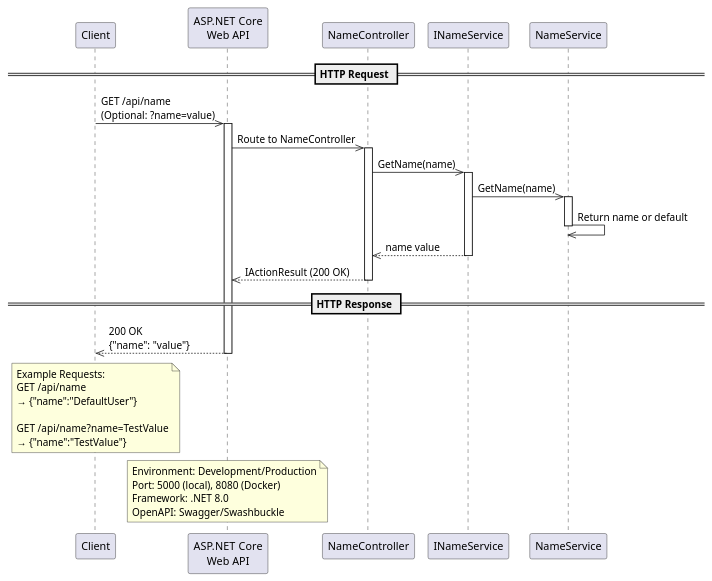
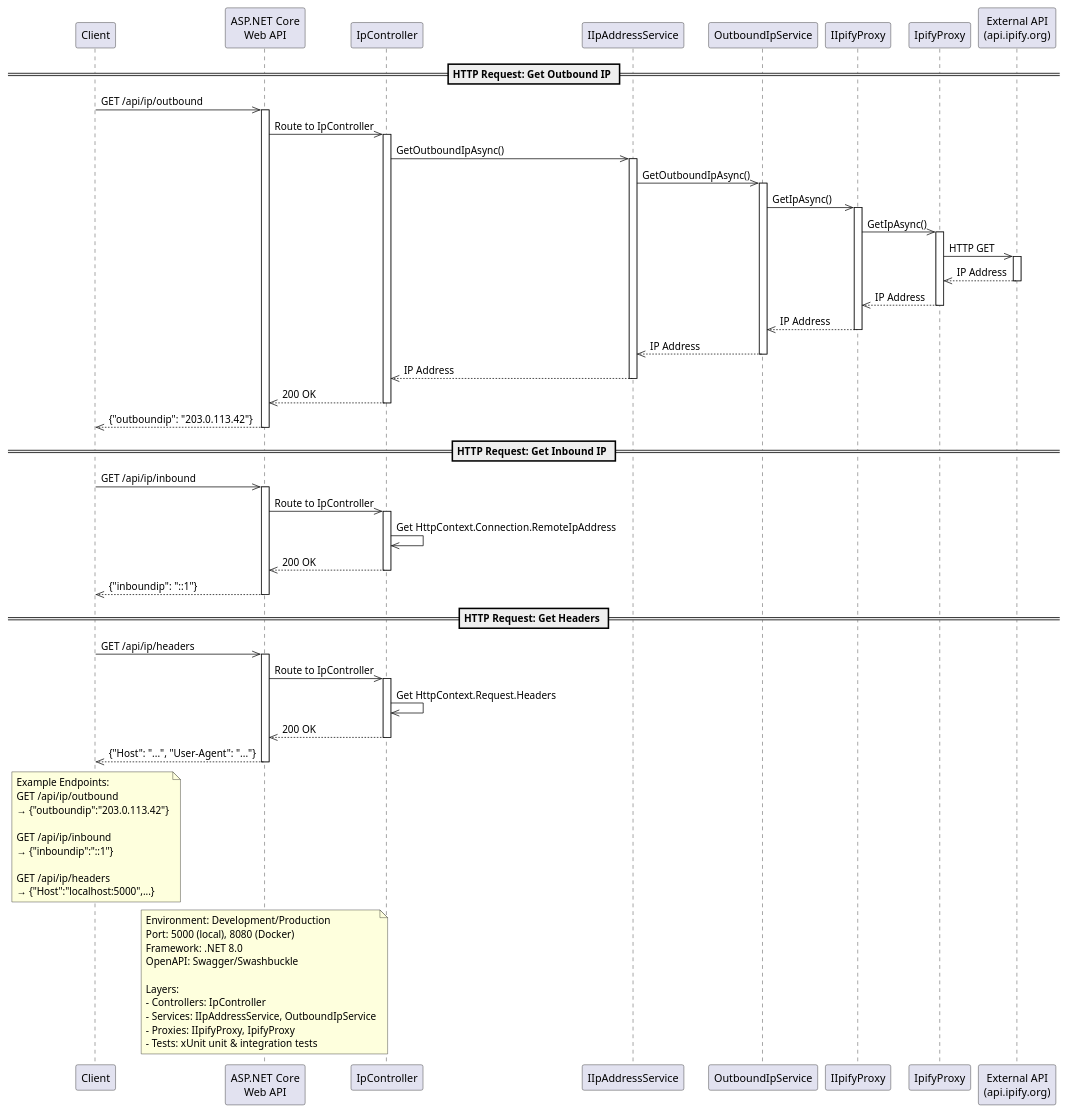
The diagram in arch.wsd (neilghosh/simple-dontnet-service), drawn with PlantUML before and after one commit. The commit also changed 9 other files, not shown here.

First line of the commit message:
Add comprehensive test suite for IP endpoints with architecture documentation (#2)

```diff
--- a/arch.wsd
+++ b/arch.wsd
@@ -1,51 +1,107 @@
 @startuml Simple DotNet Service Architecture
 
 participant Client as C
 participant "ASP.NET Core\nWeb API" as API
-participant "NameController" as Controller
-participant "INameService" as Service
-participant "NameService" as Implementation
+participant "IpController" as Controller
+participant "IIpAddressService" as Service
+participant "OutboundIpService" as ServiceImpl
+participant "IIpifyProxy" as Proxy
+participant "IpifyProxy" as ProxyImpl
+participant "External API\n(api.ipify.org)" as ExtAPI
 
-== HTTP Request ==
-C ->> API: GET /api/name\n(Optional: ?name=value)
+== HTTP Request: Get Outbound IP ==
+C ->> API: GET /api/ip/outbound
 activate API
 
-API ->> Controller: Route to NameController
+API ->> Controller: Route to IpController
 activate Controller
 
-Controller ->> Service: GetName(name)
+Controller ->> Service: GetOutboundIpAsync()
 activate Service
 
-Service ->> Implementation: GetName(name)
-activate Implementation
+Service ->> ServiceImpl: GetOutboundIpAsync()
+activate ServiceImpl
 
-Implementation ->> Implementation: Return name or default
-deactivate Implementation
+ServiceImpl ->> Proxy: GetIpAsync()
+activate Proxy
 
-Service -->> Controller: name value
+Proxy ->> ProxyImpl: GetIpAsync()
+activate ProxyImpl
+
+ProxyImpl ->> ExtAPI: HTTP GET
+activate ExtAPI
+ExtAPI -->> ProxyImpl: IP Address
+deactivate ExtAPI
+
+ProxyImpl -->> Proxy: IP Address
+deactivate ProxyImpl
+
+Proxy -->> ServiceImpl: IP Address
+deactivate Proxy
+
+ServiceImpl -->> Service: IP Address
+deactivate ServiceImpl
+
+Service -->> Controller: IP Address
 deactivate Service
 
-Controller -->> API: IActionResult (200 OK)
+Controller -->> API: 200 OK
 deactivate Controller
 
-== HTTP Response ==
-API -->> C: 200 OK\n{"name": "value"}
+API -->> C: {"outboundip": "203.0.113.42"}
+deactivate API
+
+== HTTP Request: Get Inbound IP ==
+C ->> API: GET /api/ip/inbound
+activate API
+
+API ->> Controller: Route to IpController
+activate Controller
+
+Controller ->> Controller: Get HttpContext.Connection.RemoteIpAddress
+Controller -->> API: 200 OK
+deactivate Controller
+
+API -->> C: {"inboundip": "::1"}
+deactivate API
+
+== HTTP Request: Get Headers ==
+C ->> API: GET /api/ip/headers
+activate API
+
+API ->> Controller: Route to IpController
+activate Controller
+
+Controller ->> Controller: Get HttpContext.Request.Headers
+Controller -->> API: 200 OK
+deactivate Controller
+
+API -->> C: {"Host": "...", "User-Agent": "..."}
 deactivate API
 
 note over C
-  Example Requests:
-  GET /api/name
-  → {"name":"DefaultUser"}
+  Example Endpoints:
+  GET /api/ip/outbound
+  → {"outboundip":"203.0.113.42"}
   
-  GET /api/name?name=TestValue
-  → {"name":"TestValue"}
+  GET /api/ip/inbound
+  → {"inboundip":"::1"}
+  
+  GET /api/ip/headers
+  → {"Host":"localhost:5000",...}
 end note
 
 note over API
   Environment: Development/Production
   Port: 5000 (local), 8080 (Docker)
   Framework: .NET 8.0
   OpenAPI: Swagger/Swashbuckle
+  
+  Layers:
+  - Controllers: IpController
+  - Services: IIpAddressService, OutboundIpService
+  - Proxies: IIpifyProxy, IpifyProxy
+  - Tests: xUnit unit & integration tests
 end note
 
 @enduml
```
